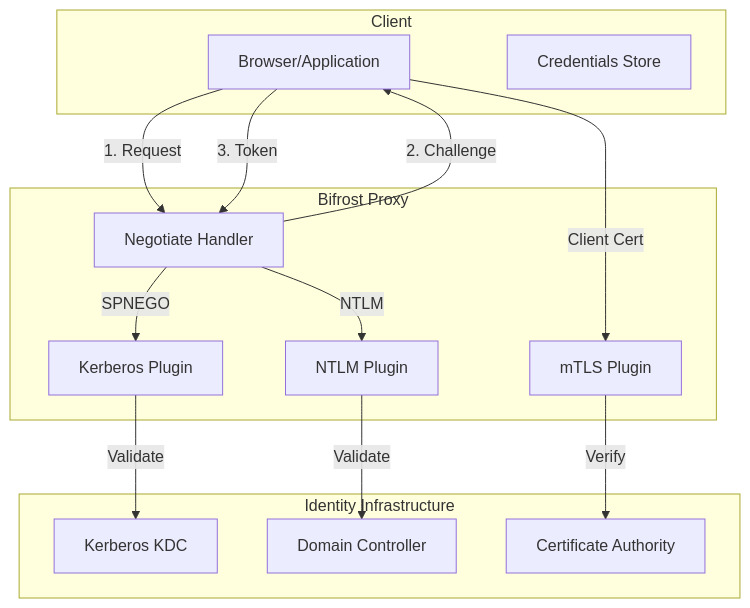
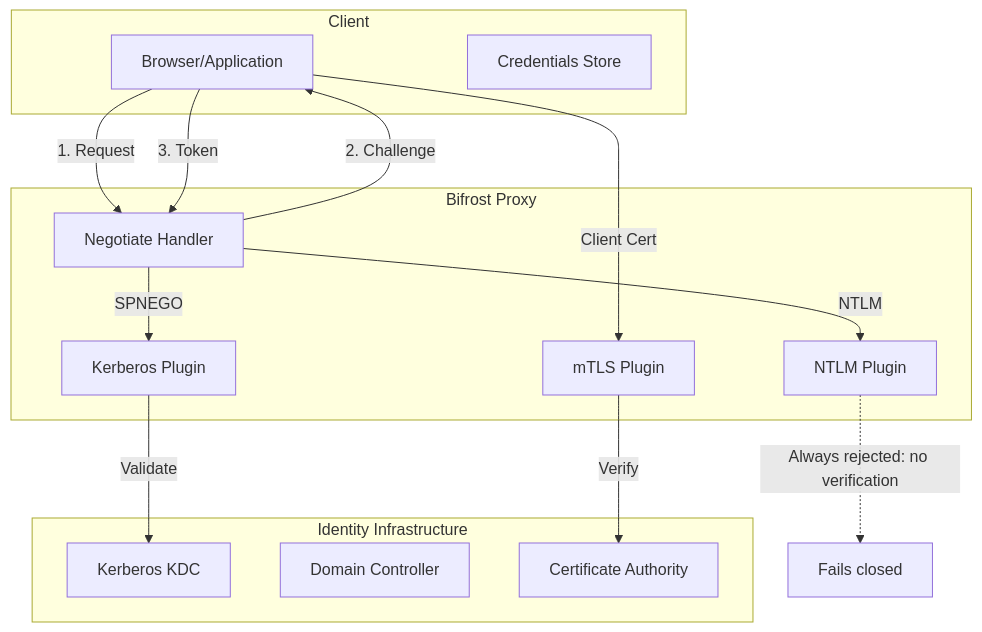
Before and after one commit to rennerdo30/bifrost-proxy: the first of 4 diagrams in docs/src/content/docs/configuration/authentication.mdx, drawn with Mermaid. The commit also changed other lines of this file and 77 other files, not shown here.

````diff
--- a/docs/src/content/docs/configuration/authentication.mdx
+++ b/docs/src/content/docs/configuration/authentication.mdx
@@ -21,32 +21,32 @@
 ```mermaid
 graph TB
     subgraph "Client"
         Browser[Browser/Application]
         Creds[Credentials Store]
     end
 
     subgraph "Bifrost Proxy"
         Negotiate[Negotiate Handler]
         KerbAuth[Kerberos Plugin]
         NTLMAuth[NTLM Plugin]
         MTLSAuth[mTLS Plugin]
     end
 
     subgraph "Identity Infrastructure"
         KDC[Kerberos KDC]
         DC[Domain Controller]
         CA[Certificate Authority]
     end
 
     Browser -->|1. Request| Negotiate
     Negotiate -->|2. Challenge| Browser
     Browser -->|3. Token| Negotiate
 
     Negotiate -->|SPNEGO| KerbAuth
     Negotiate -->|NTLM| NTLMAuth
     Browser -->|Client Cert| MTLSAuth
 
     KerbAuth -->|Validate| KDC
-    NTLMAuth -->|Validate| DC
+    NTLMAuth -.->|Always rejected: no verification| Reject[Fails closed]
     MTLSAuth -->|Verify| CA
 ```
````
